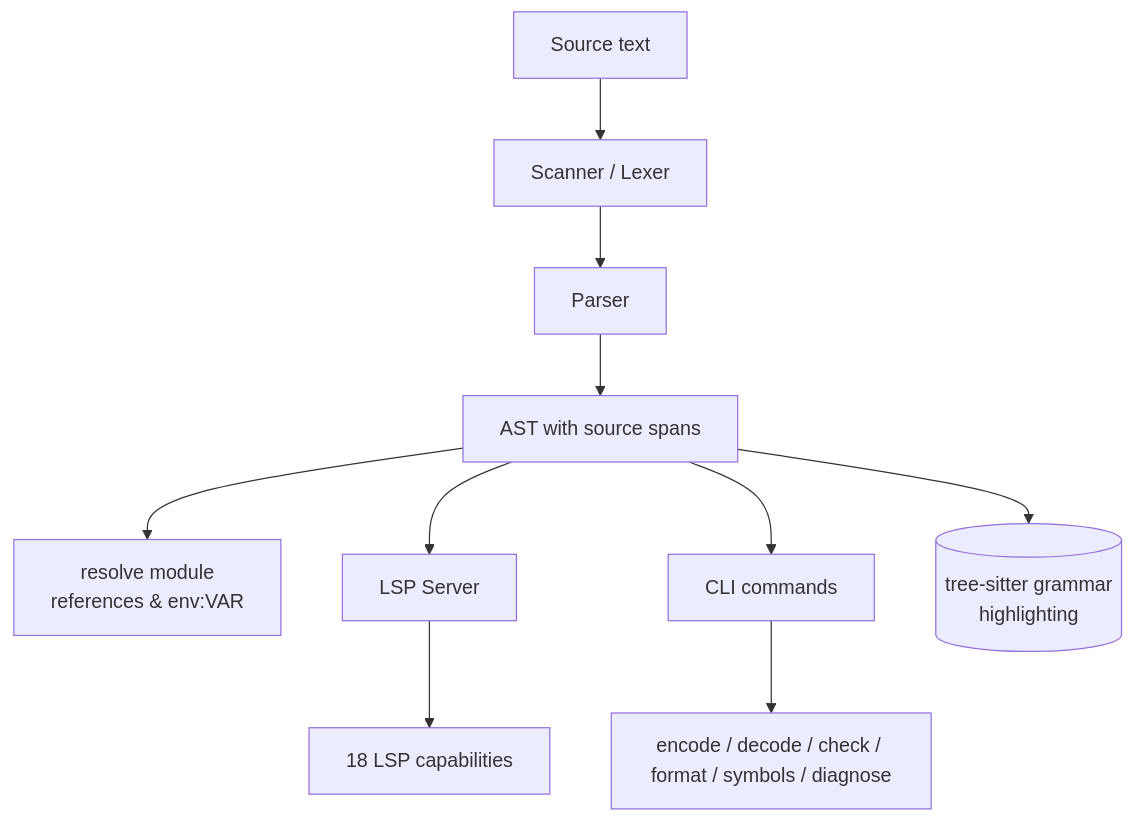
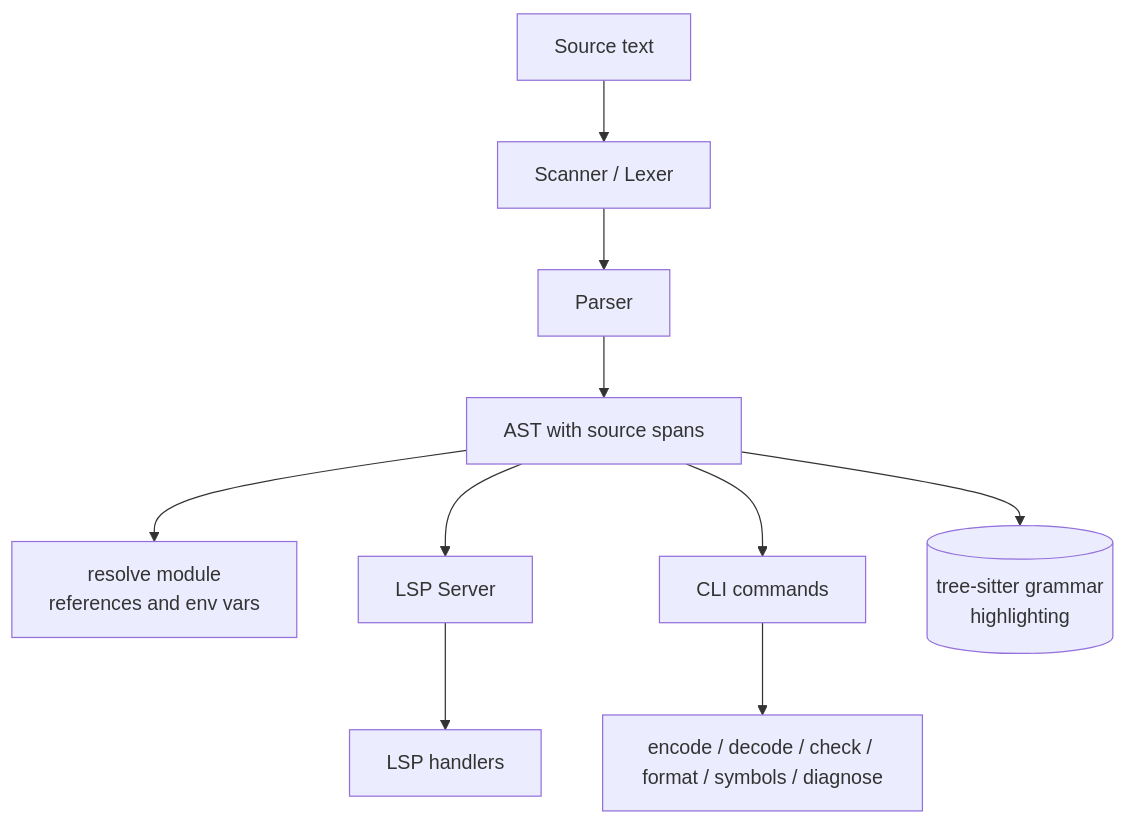
Before and after one commit to w0wl0lxd/toon-lsp: the diagram in README.md, drawn with Mermaid. The commit also changed other lines of this file and 2 other files, not shown here.

First line of the commit message:
docs: fix mermaid diagram rendering and tighten prose

````diff
--- a/README.md
+++ b/README.md
@@ -241,14 +240,14 @@
 ```mermaid
 flowchart TD
     SRC[Source text] --> SC[Scanner / Lexer]
     SC --> P[Parser]
     P --> AST[AST with source spans]
 
-    AST --> RES[resolve module\nreferences & env:VAR]
+    AST --> RES["resolve module<br/>references and env vars"]
     AST --> SRV[LSP Server]
     AST --> CLI[CLI commands]
-    AST --> TS[(tree-sitter grammar\nhighlighting)]
+    AST --> TS[("tree-sitter grammar<br/>highlighting")]
 
-    SRV --> FEAT[18 LSP capabilities]
+    SRV --> FEAT[LSP handlers]
     CLI --> CMDS[encode / decode / check / format / symbols / diagnose]
 ```
````
